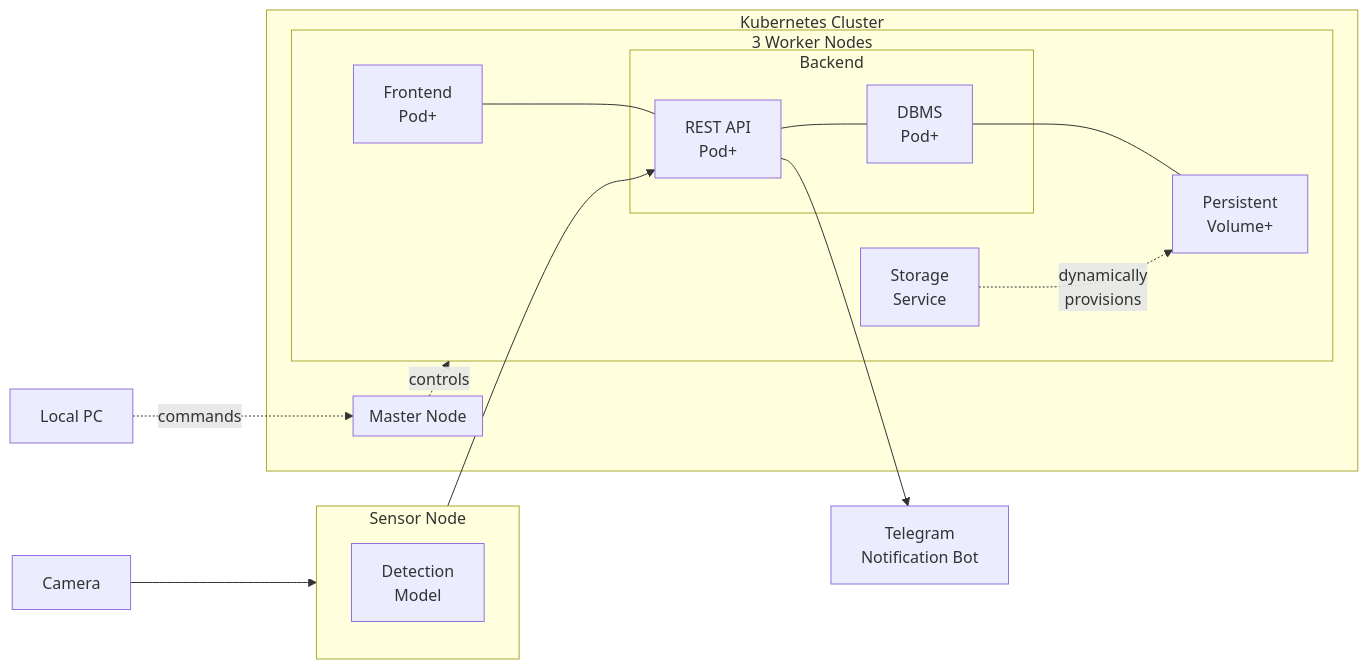
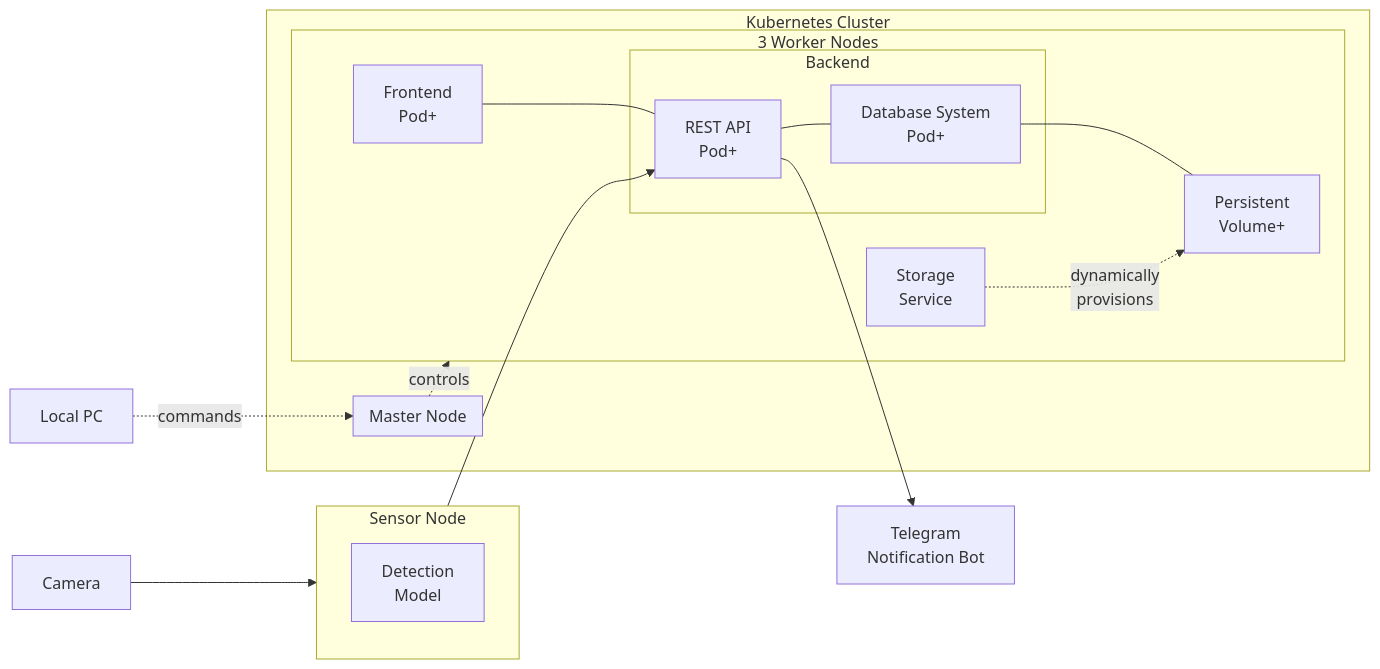
Before and after one commit to ccfrauasgr2/pet-detection: the second of 3 diagrams in docs/Group_2_SS23_ProjectReport.md, drawn with Mermaid. The commit also changed other lines of this file, not shown here.

````diff
--- a/docs/Group_2_SS23_ProjectReport.md
+++ b/docs/Group_2_SS23_ProjectReport.md
@@ -63,35 +63,35 @@
 ```mermaid
 flowchart LR
   camera[Camera]
 
   subgraph sensornode[Sensor Node]
     model[Detection\nModel]
   end
 
   subgraph cluster[Kubernetes Cluster]
 
     subgraph masterNode[Master Node]
       
     end
 
     subgraph workerNode[3 Worker Nodes]
       frontendContainer[Frontend\nPod+]
       dss[Storage\nService]
       subgraph backendContainer[Backend]
         restapiContainer[REST API\nPod+]
-        dbmsContainer[DBMS\nPod+]
+        dbmsContainer[Database System\nPod+]
       end
       persistentVolume[Persistent\nVolume+]
     end 
   end
 
   localPC[Local PC]
   bot[Telegram\nNotification Bot]
 
   restapiContainer --> bot
   localPC -.commands.-> masterNode -.controls.-> workerNode
   frontendContainer --- restapiContainer --- dbmsContainer --- persistentVolume
   camera --> sensornode --> restapiContainer
   dss -.dynamically\nprovisions.-> persistentVolume
   
 ```
````
